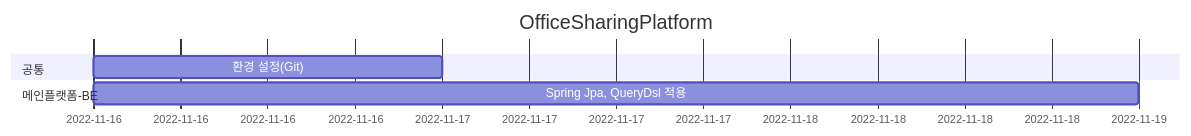
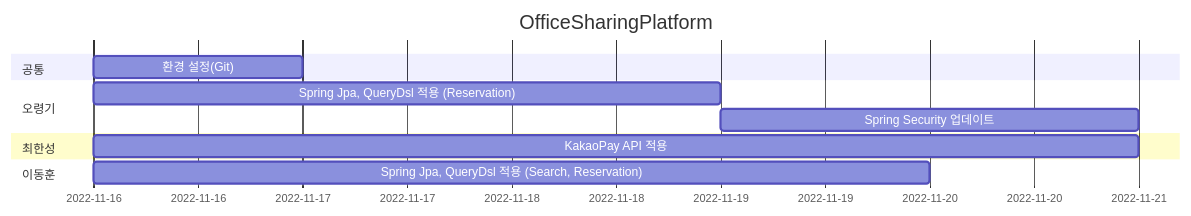
One commit to Hell-O-Demon-World/PlaceSharingPlatformBETest changed the diagram in README.md. Above: the diagram before and after it, drawn with Mermaid.

Commit message:
update : README

````diff
--- a/README.md
+++ b/README.md
@@ -11,12 +11,19 @@
 ```mermaid
 gantt
 dateFormat MM-DD
 title OfficeSharingPlatform
 
     section 공통
     환경 설정(Git)             :chap1, 11-16, 1d
 
-    section 메인플랫폼-BE
-    Spring Jpa, QueryDsl 적용 :chap1, 11-16, 3d
+    section 오령기
+    Spring Jpa, QueryDsl 적용 (Reservation) : chap1, 11-16, 3d
+    Spring Security 업데이트    : chap2, 11-19, 2d
+
+    section 최한성
+    KakaoPay API 적용         : chap1, 11-16, 5d
+    
+    section 이동훈
+    Spring Jpa, QueryDsl 적용 (Search, Reservation) : chap1, 11-16, 4d 
 
 ```
````
